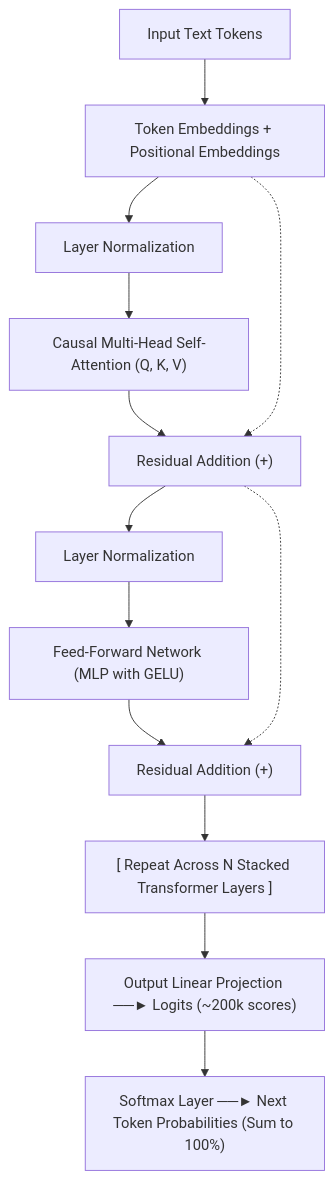
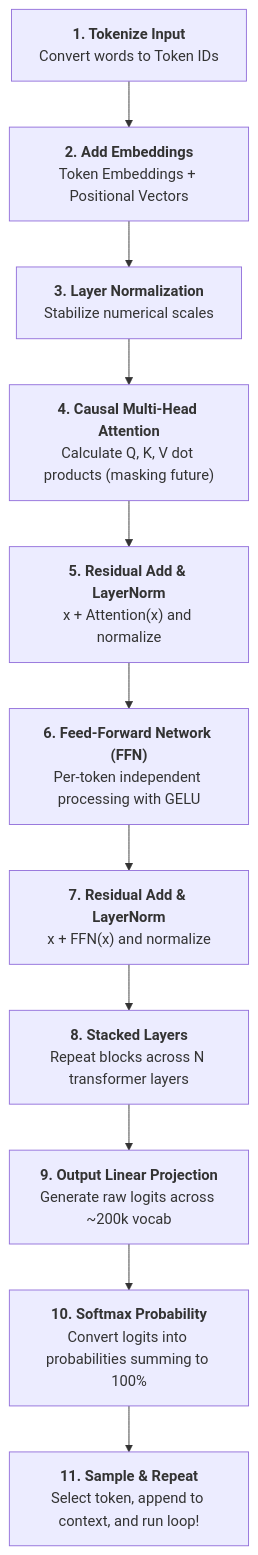
The fifth of 5 diagrams in Nameste-AI/Season_01/05_The_Computational_Brain_of_Machines.md (Nishant8826/theory-leaning), drawn with Mermaid before and after one commit. The commit also changed other lines of this file and 7 other files, not shown here.

````diff
--- a/Nameste-AI/Season_01/05_The_Computational_Brain_of_Machines.md
+++ b/Nameste-AI/Season_01/05_The_Computational_Brain_of_Machines.md
@@ -245,15 +322,13 @@
 ```mermaid
 flowchart TD
-    A["Input Text Tokens"] --> B["Token Embeddings + Positional Embeddings"]
-    B --> C["Layer Normalization"]
-    C --> D["Causal Multi-Head Self-Attention (Q, K, V)"]
-    D --> E["Residual Addition (+)"]
-    B -.-> E
-    E --> F["Layer Normalization"]
-    F --> G["Feed-Forward Network (MLP with GELU)"]
-    G --> H["Residual Addition (+)"]
-    E -.-> H
-    H --> I["[ Repeat Across N Stacked Transformer Layers ]"]
-    I --> J["Output Linear Projection ──► Logits (~200k scores)"]
-    J --> K["Softmax Layer ──► Next Token Probabilities (Sum to 100%)"]
+    S1["<b>1. Tokenize Input</b><br/>Convert words to Token IDs"] --> S2["<b>2. Add Embeddings</b><br/>Token Embeddings + Positional Vectors"]
+    S2 --> S3["<b>3. Layer Normalization</b><br/>Stabilize numerical scales"]
+    S3 --> S4["<b>4. Causal Multi-Head Attention</b><br/>Calculate Q, K, V dot products (masking future)"]
+    S4 --> S5["<b>5. Residual Add & LayerNorm</b><br/>x + Attention(x) and normalize"]
+    S5 --> S6["<b>6. Feed-Forward Network (FFN)</b><br/>Per-token independent processing with GELU"]
+    S6 --> S7["<b>7. Residual Add & LayerNorm</b><br/>x + FFN(x) and normalize"]
+    S7 --> S8["<b>8. Stacked Layers</b><br/>Repeat blocks across N transformer layers"]
+    S8 --> S9["<b>9. Output Linear Projection</b><br/>Generate raw logits across ~200k vocab"]
+    S9 --> S10["<b>10. Softmax Probability</b><br/>Convert logits into probabilities summing to 100%"]
+    S10 --> S11["<b>11. Sample & Repeat</b><br/>Select token, append to context, and run loop!"]
 ```
````
